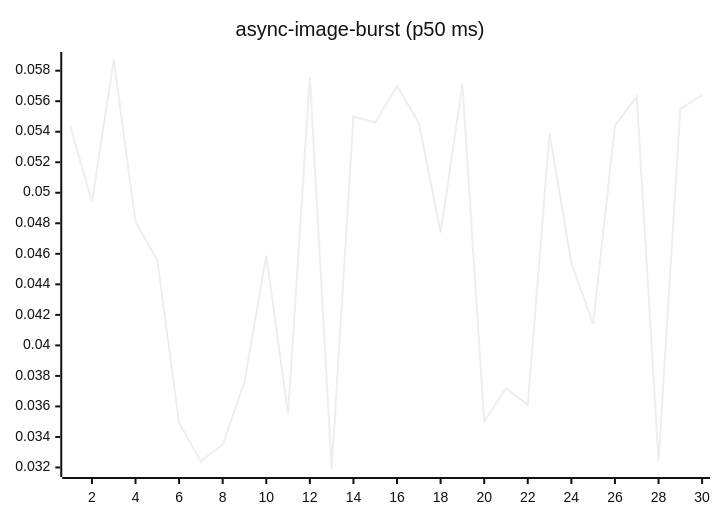
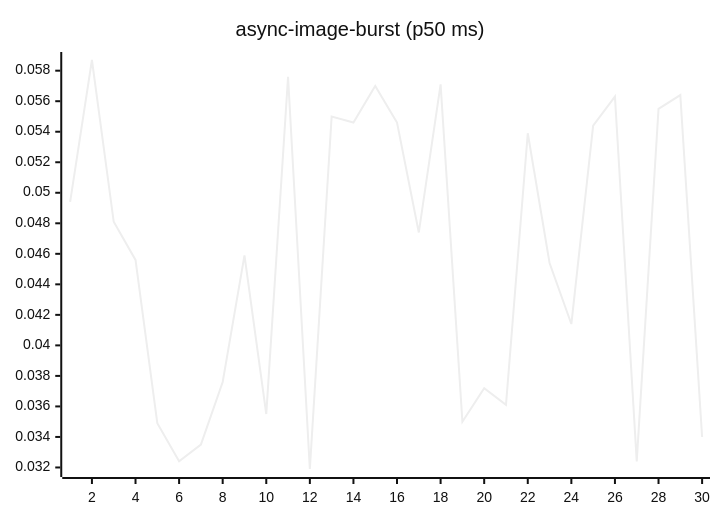
One commit to josha/Facet changed the fourth of 27 diagrams in README.md. Above: the diagram before and after it, drawn with Mermaid (neutral theme). The commit also changed other lines of this file and 2 other files, not shown here.

````diff
--- a/README.md
+++ b/README.md
@@ -84,6 +84,6 @@
 ```mermaid
 xychart-beta
     title "async-image-burst (p50 ms)"
     x-axis 1 --> 30
-    line [0.0544, 0.0494, 0.0587, 0.0481, 0.0456, 0.0349, 0.0324, 0.0335, 0.0376, 0.0459, 0.0355, 0.0576, 0.0319, 0.0550, 0.0546, 0.0570, 0.0546, 0.0474, 0.0571, 0.0350, 0.0372, 0.0361, 0.0539, 0.0454, 0.0414, 0.0544, 0.0563, 0.0324, 0.0555, 0.0564]
+    line [0.0494, 0.0587, 0.0481, 0.0456, 0.0349, 0.0324, 0.0335, 0.0376, 0.0459, 0.0355, 0.0576, 0.0319, 0.0550, 0.0546, 0.0570, 0.0546, 0.0474, 0.0571, 0.0350, 0.0372, 0.0361, 0.0539, 0.0454, 0.0414, 0.0544, 0.0563, 0.0324, 0.0555, 0.0564, 0.0340]
 ```
````
